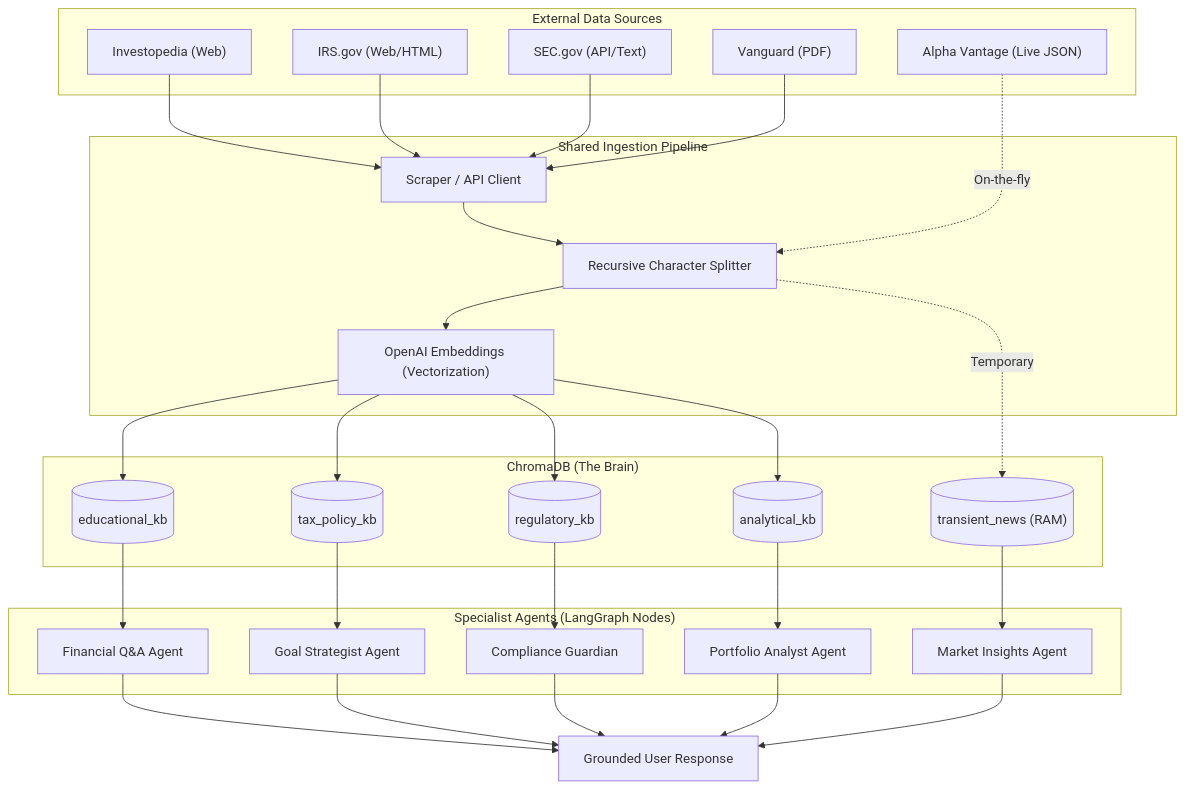
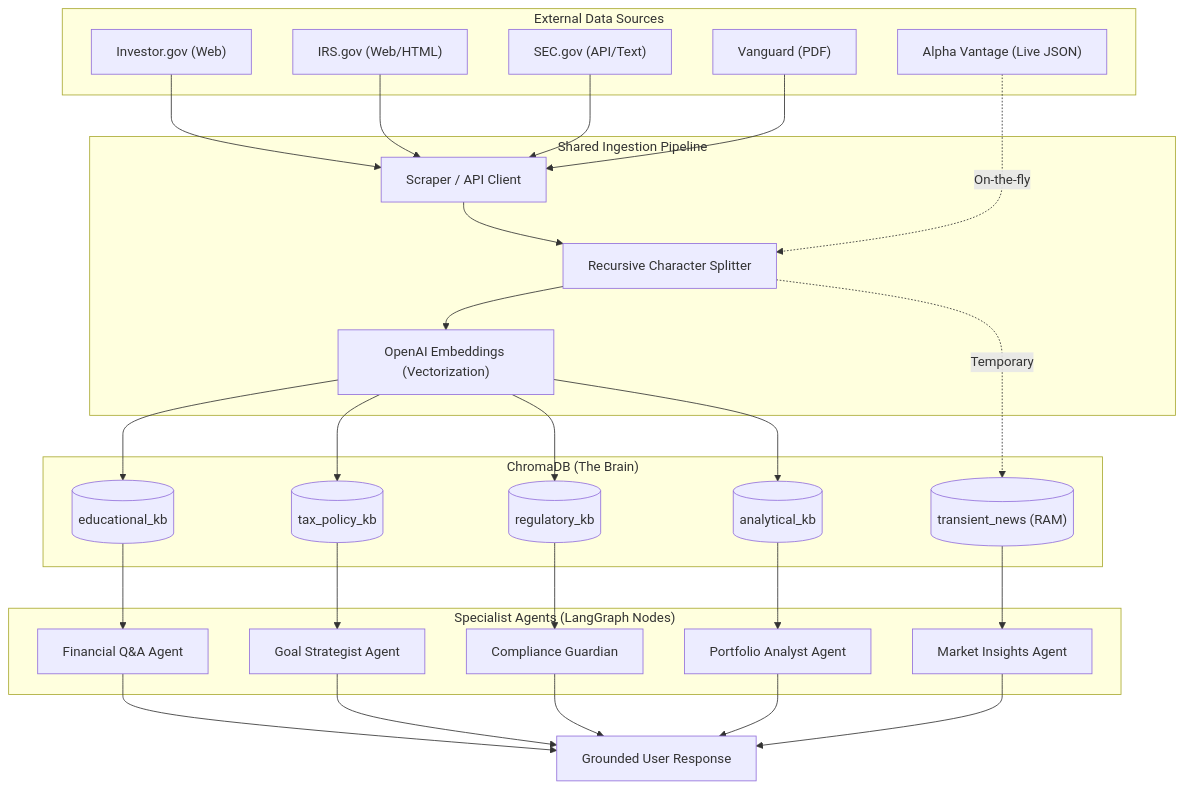
The diagram in RAG_GUIDE.md (uthircloudnative/finnie-ai), drawn with Mermaid before and after one commit. The commit also changed other lines of this file and 13 other files, not shown here.

````diff
--- a/RAG_GUIDE.md
+++ b/RAG_GUIDE.md
@@ -179,45 +179,45 @@
 ```mermaid
 graph TD
     subgraph "External Data Sources"
-        S1["Investopedia (Web)"]
+        S1["Investor.gov (Web)"]
         S2["IRS.gov (Web/HTML)"]
         S3["SEC.gov (API/Text)"]
         S4["Vanguard (PDF)"]
         S5["Alpha Vantage (Live JSON)"]
     end
 
     subgraph "Shared Ingestion Pipeline"
         P1["Scraper / API Client"] --> P2["Recursive Character Splitter"]
         P2 --> P3["OpenAI Embeddings (Vectorization)"]
     end
 
     S1 & S2 & S3 & S4 --> P1
     S5 -.->|On-the-fly| P2
 
     subgraph "ChromaDB (The Brain)"
         C1[("educational_kb")]
         C2[("tax_policy_kb")]
         C3[("regulatory_kb")]
         C4[("analytical_kb")]
         C5[("transient_news (RAM)")]
     end
 
     P3 --> C1 & C2 & C3 & C4
     P2 -.->|Temporary| C5
 
     subgraph "Specialist Agents (LangGraph Nodes)"
         A1["Financial Q&A Agent"]
         A2["Goal Strategist Agent"]
         A3["Compliance Guardian"]
         A4["Portfolio Analyst Agent"]
         A5["Market Insights Agent"]
     end
 
     C1 --> A1
     C2 --> A2
     C3 --> A3
     C4 --> A4
     C5 --> A5
 
     A1 & A2 & A3 & A4 & A5 --> Final["Grounded User Response"]
 ```
````
